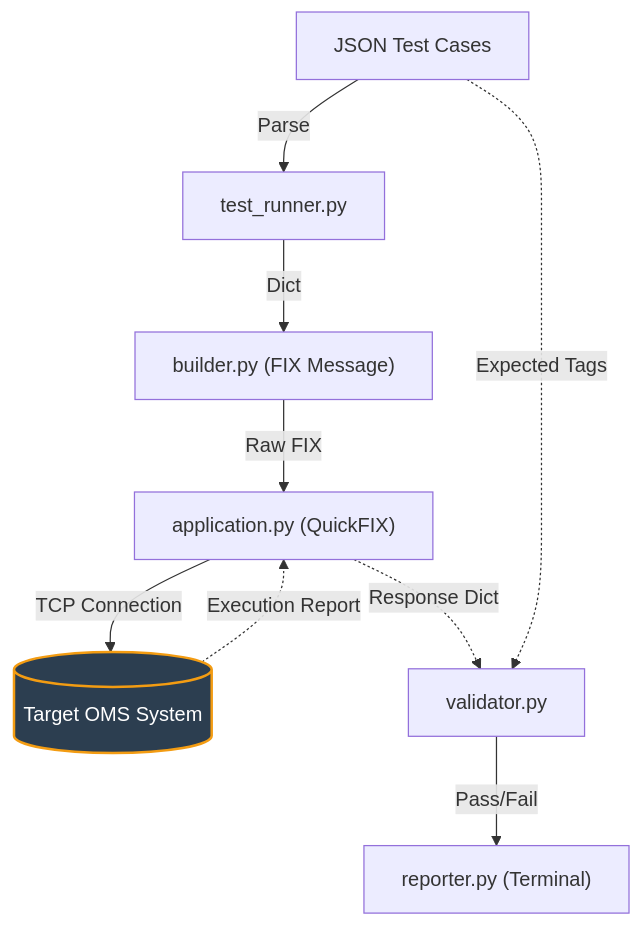
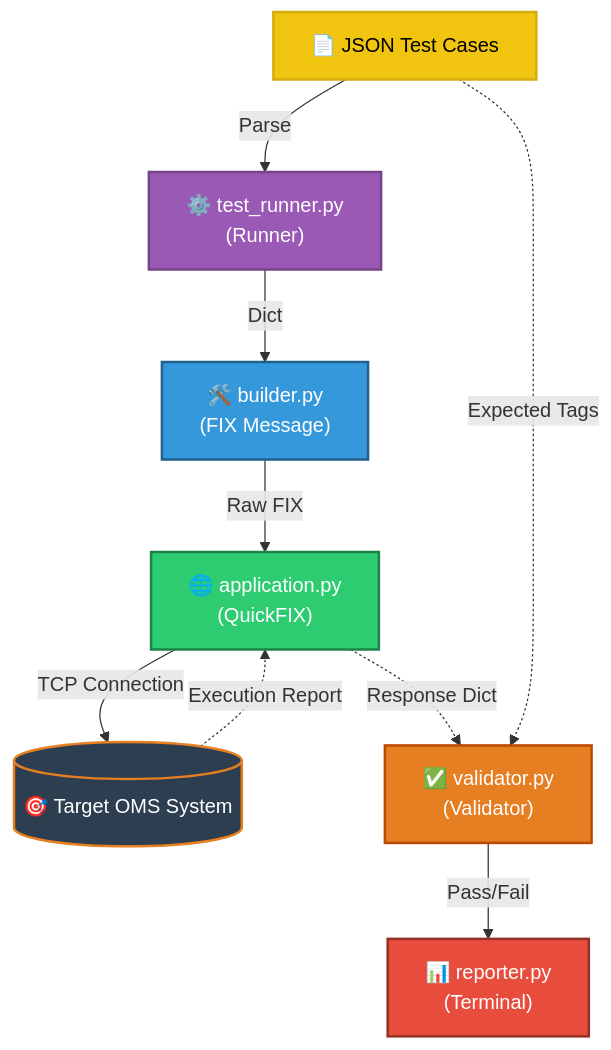
The diagram in README.md (utsavparmar007/fix-oms-test-tool), drawn with Mermaid before and after one commit.

````diff
--- a/README.md
+++ b/README.md
@@ -51,15 +51,32 @@
 ```mermaid
 graph TD
-    JSON[JSON Test Cases] -->|Parse| Runner["test_runner.py"]
-    Runner -->|Dict| Builder["builder.py (FIX Message)"]
-    Builder -->|Raw FIX| App["application.py (QuickFIX)"]
+    %% Nodes
+    JSON["📄 JSON Test Cases"]
+    Runner["⚙️ test_runner.py<br>(Runner)"]
+    Builder["🛠️ builder.py<br>(FIX Message)"]
+    App["🌐 application.py<br>(QuickFIX)"]
+    OMS[("🎯 Target OMS System")]
+    Validator["✅ validator.py<br>(Validator)"]
+    Reporter["📊 reporter.py<br>(Terminal)"]
+
+    %% Flow Paths
+    JSON -->|"Parse"| Runner
+    Runner -->|"Dict"| Builder
+    Builder -->|"Raw FIX"| App
     
-    App -->|TCP Connection| OMS[(Target OMS System)]
-    OMS -.->|Execution Report| App
+    App -->|"TCP Connection"| OMS
+    OMS -.->|"Execution Report"| App
     
-    App -.->|Response Dict| Validator["validator.py"]
-    JSON -.->|Expected Tags| Validator
-    Validator -->|Pass/Fail| Reporter["reporter.py (Terminal)"]
-    
-    style OMS fill:#2c3e50,stroke:#f39c12,stroke-width:2px,color:#fff
+    App -.->|"Response Dict"| Validator
+    JSON -.->|"Expected Tags"| Validator
+    Validator -->|"Pass/Fail"| Reporter
+
+    %% Vibrant Styling
+    style JSON fill:#f1c40f,stroke:#d4ac0d,stroke-width:2px,color:#000000
+    style Runner fill:#9b59b6,stroke:#76448a,stroke-width:2px,color:#ffffff
+    style Builder fill:#3498db,stroke:#21618c,stroke-width:2px,color:#ffffff
+    style App fill:#2ecc71,stroke:#1d8348,stroke-width:2px,color:#ffffff
+    style OMS fill:#2c3e50,stroke:#e67e22,stroke-width:2px,color:#ffffff
+    style Validator fill:#e67e22,stroke:#ba4a00,stroke-width:2px,color:#ffffff
+    style Reporter fill:#e74c3c,stroke:#943126,stroke-width:2px,color:#ffffff
 ``` 
````
